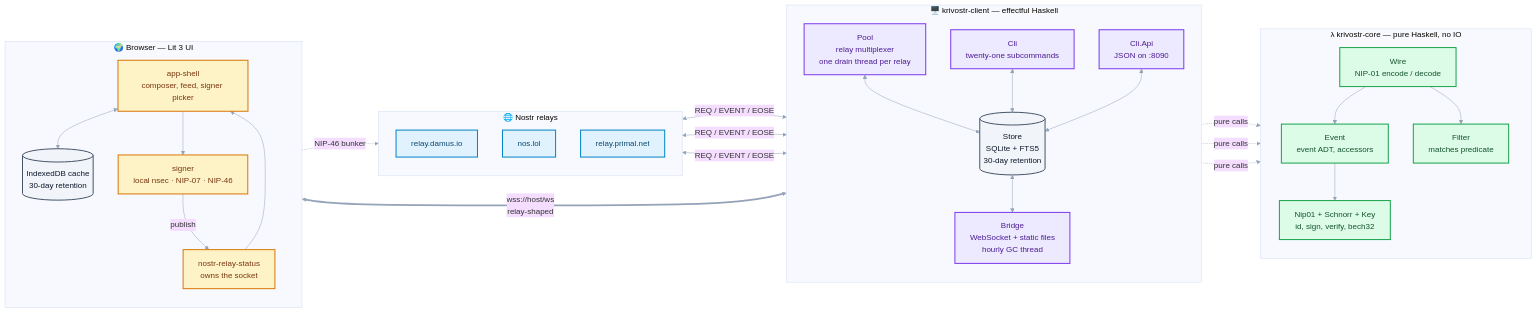
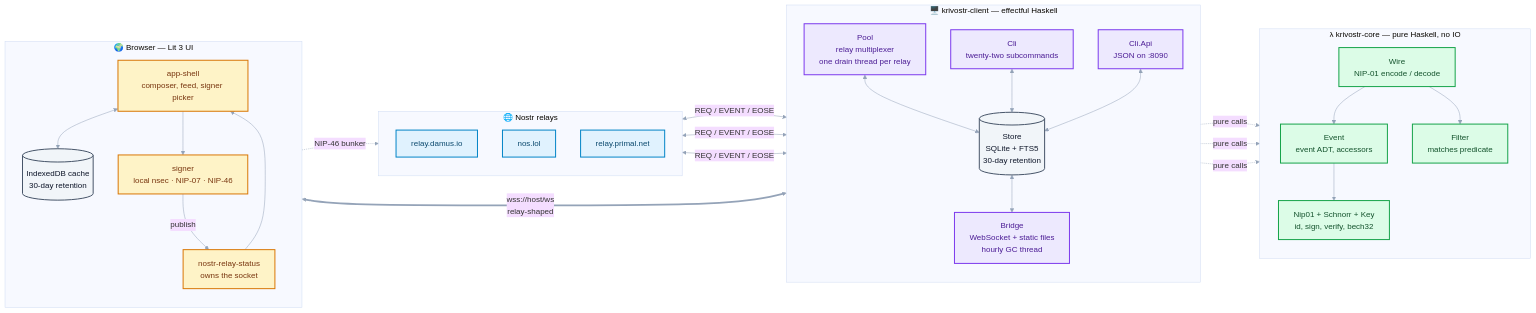
One commit to sagar-shirwalkar/krivostr changed the diagram in README.md. Above: the diagram before and after it, drawn with Mermaid. The commit also changed other lines of this file and 31 other files, not shown here.

````diff
--- a/README.md
+++ b/README.md
@@ -459,67 +462,67 @@
 ```mermaid
 %%{init: {"theme": "base", "themeVariables": {"fontFamily": "ui-sans-serif, system-ui, sans-serif", "lineColor": "#94a3b8"}}}%%
 flowchart LR
     subgraph RELAYS["🌐 Nostr relays"]
         direction TB
         R1["relay.damus.io"]
         R2["nos.lol"]
         R3["relay.primal.net"]
     end
 
     subgraph CLIENT["🖥️ krivostr-client — effectful Haskell"]
         direction TB
         POOL["Pool<br/>relay multiplexer<br/>one drain thread per relay"]
         STORE[("Store<br/>SQLite + FTS5<br/>30-day retention")]
         BRIDGE["Bridge<br/>WebSocket + static files<br/>hourly GC thread"]
-        CLI["Cli<br/>twenty-one subcommands"]
+        CLI["Cli<br/>twenty-two subcommands"]
         API["Cli.Api<br/>JSON on :8090"]
     end
 
     subgraph CORE["λ krivostr-core — pure Haskell, no IO"]
         direction TB
         WIRE["Wire<br/>NIP-01 encode / decode"]
         EVENT["Event<br/>event ADT, accessors"]
         SCHNORR["Nip01 + Schnorr + Key<br/>id, sign, verify, bech32"]
         FILTER["Filter<br/>matches predicate"]
     end
 
     subgraph BROWSER["🌍 Browser — Lit 3 UI"]
         direction TB
         SHELL["app-shell<br/>composer, feed, signer picker"]
         STATUS["nostr-relay-status<br/>owns the socket"]
         SIGNER["signer<br/>local nsec · NIP-07 · NIP-46"]
         IDB[("IndexedDB cache<br/>30-day retention")]
     end
 
     R1 & R2 & R3 <-->|"REQ / EVENT / EOSE"| POOL
     POOL <--> STORE
     CLI <--> STORE
     API <--> STORE
     STORE <--> BRIDGE
 
     POOL -.->|"pure calls"| WIRE
     BRIDGE -.->|"pure calls"| WIRE
     CLI -.->|"pure calls"| WIRE
     WIRE --> EVENT
     WIRE --> FILTER
     EVENT --> SCHNORR
 
     BRIDGE <==>|"wss://host/ws<br/>relay-shaped"| STATUS
     STATUS --> SHELL
     SHELL <--> IDB
     SHELL --> SIGNER
     SIGNER -->|"publish"| STATUS
     SIGNER -.->|"NIP-46 bunker"| RELAYS
 
     classDef relay fill:#e0f2fe,stroke:#0284c7,stroke-width:2px,color:#0c4a6e
     classDef client fill:#ede9fe,stroke:#7c3aed,stroke-width:2px,color:#4c1d95
     classDef core fill:#dcfce7,stroke:#16a34a,stroke-width:2px,color:#14532d
     classDef ui fill:#fef3c7,stroke:#d97706,stroke-width:2px,color:#78350f
     classDef data fill:#f1f5f9,stroke:#475569,stroke-width:2px,color:#0f172a
 
     class R1,R2,R3 relay
     class POOL,BRIDGE,CLI,API client
     class WIRE,EVENT,SCHNORR,FILTER core
     class SHELL,STATUS,SIGNER ui
     class STORE,IDB data
 ```
````
